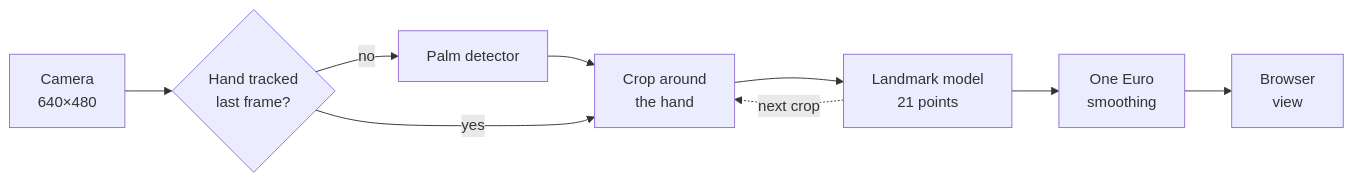
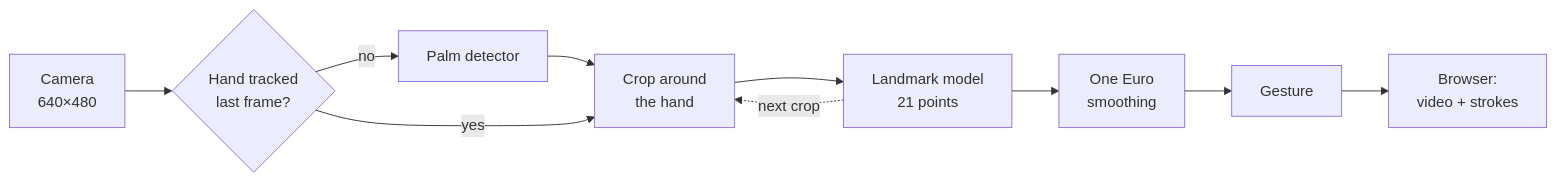
One commit to darragh0/pi-virtual-whiteboard changed the diagram in README.md. Above: the diagram before and after it, drawn with Mermaid. The commit also changed other lines of this file and 13 other files, not shown here.

````diff
--- a/README.md
+++ b/README.md
@@ -63,8 +66,9 @@
 ```mermaid
 flowchart LR
     cam[Camera<br>640×480] --> tracked{Hand tracked<br>last frame?}
     tracked -- no --> palm[Palm detector] --> crop
     tracked -- yes --> crop[Crop around<br>the hand]
-    crop --> lm[Landmark model<br>21 points] --> smooth[One Euro<br>smoothing] --> stream[Browser<br>view]
+    crop --> lm[Landmark model<br>21 points] --> smooth[One Euro<br>smoothing] --> gesture[Gesture]
+    gesture --> stream[Browser:<br>video + strokes]
     lm -. next crop .-> crop
 ```
````
